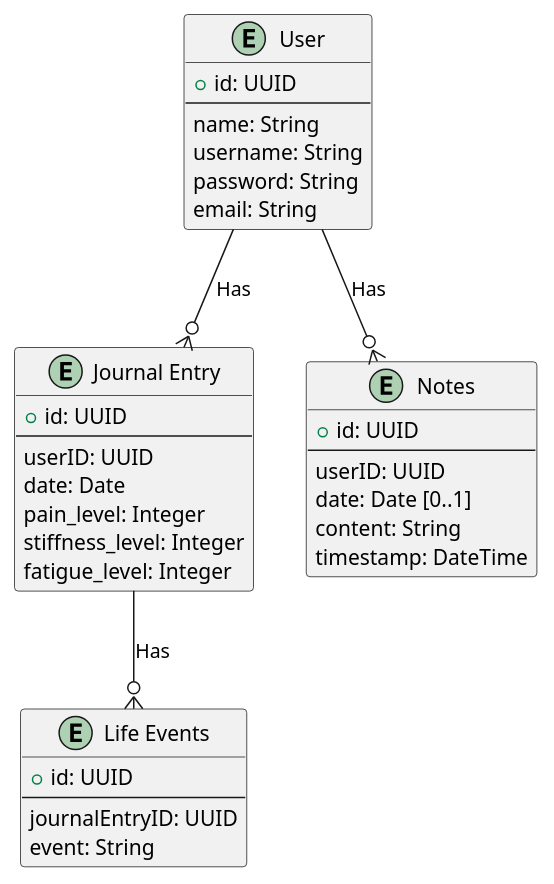
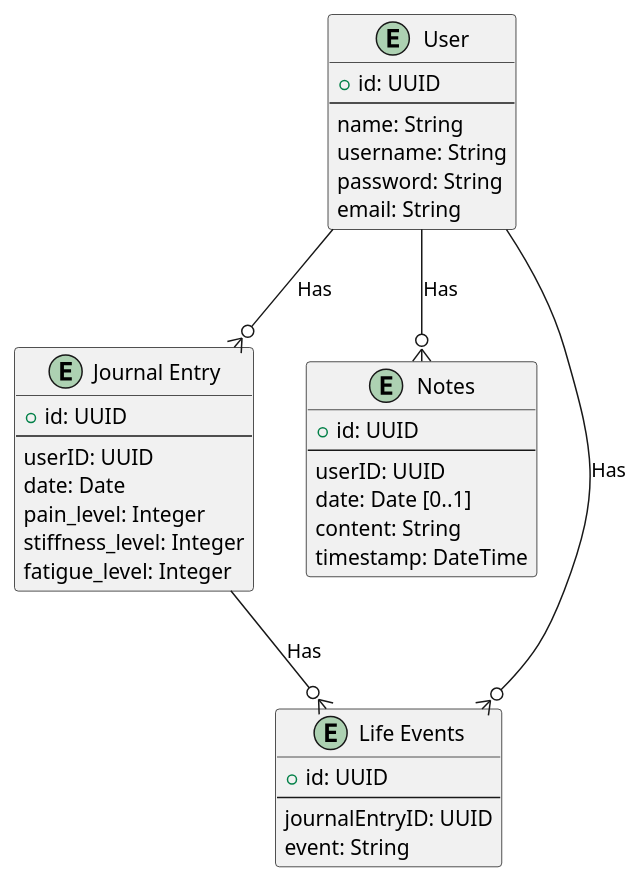
Before and after one commit to michaelmrose/rajournal: the diagram in ERD.pu, drawn with PlantUML. The commit also changed 3 other files, not shown here.

```diff
--- a/ERD.pu
+++ b/ERD.pu
@@ -1,42 +1,43 @@
 @startuml
 
 entity "User" as user {
   +id: UUID
   --
   name: String
   username: String
   password: String
   email: String
 }
 
 entity "Journal Entry" as journal_entry {
   +id: UUID
   --
   userID: UUID
   date: Date
   pain_level: Integer
   stiffness_level: Integer
   fatigue_level: Integer
 }
 
 entity "Notes" as notes {
   +id: UUID
   --
   userID: UUID
   date: Date [0..1]
   content: String
   timestamp: DateTime
 }
 
 entity "Life Events" as life_events {
   +id: UUID
   --
   journalEntryID: UUID
   event: String
 }
 
 user --o{ journal_entry : Has
 user --o{ notes : Has
+user --o{ life_events : Has
 journal_entry --o{ life_events : Has
 
 @enduml
```
